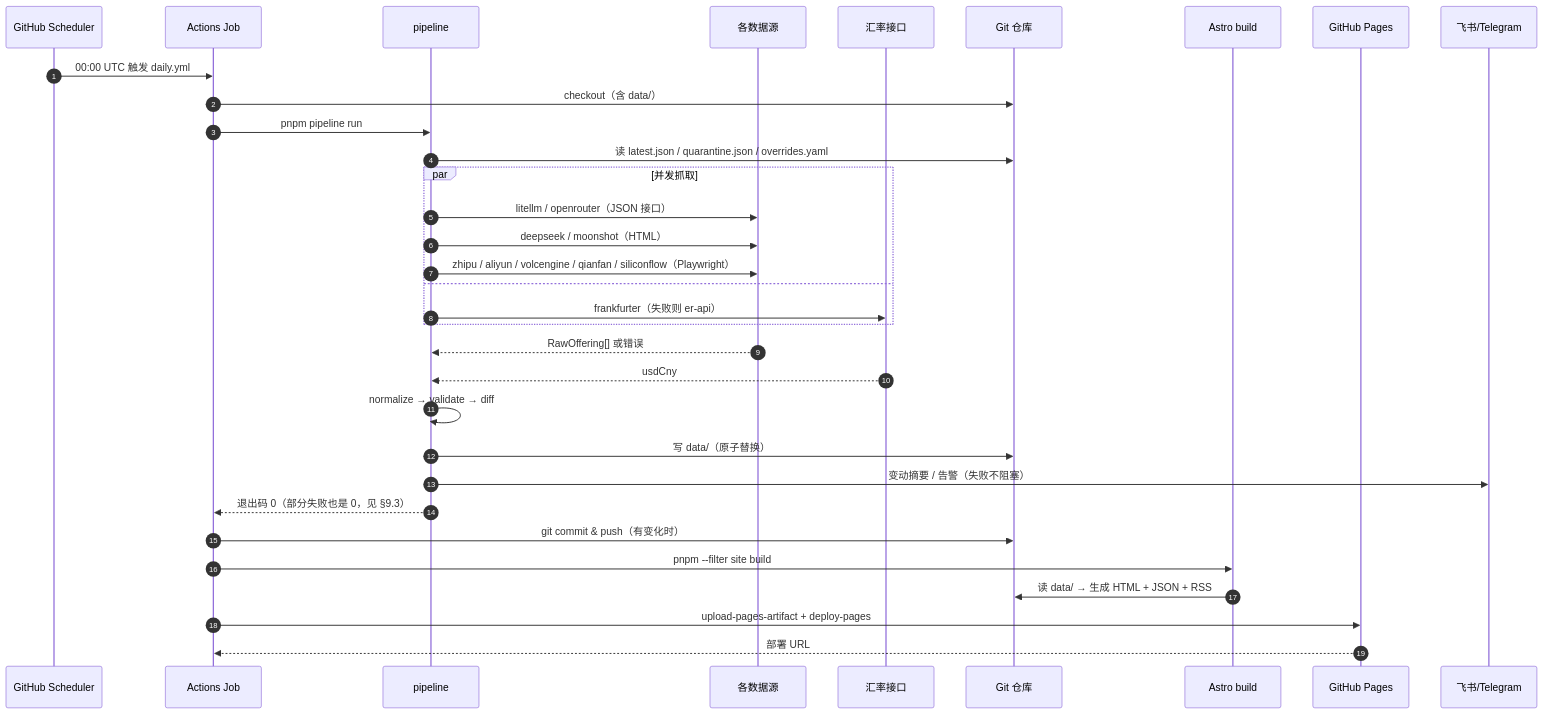
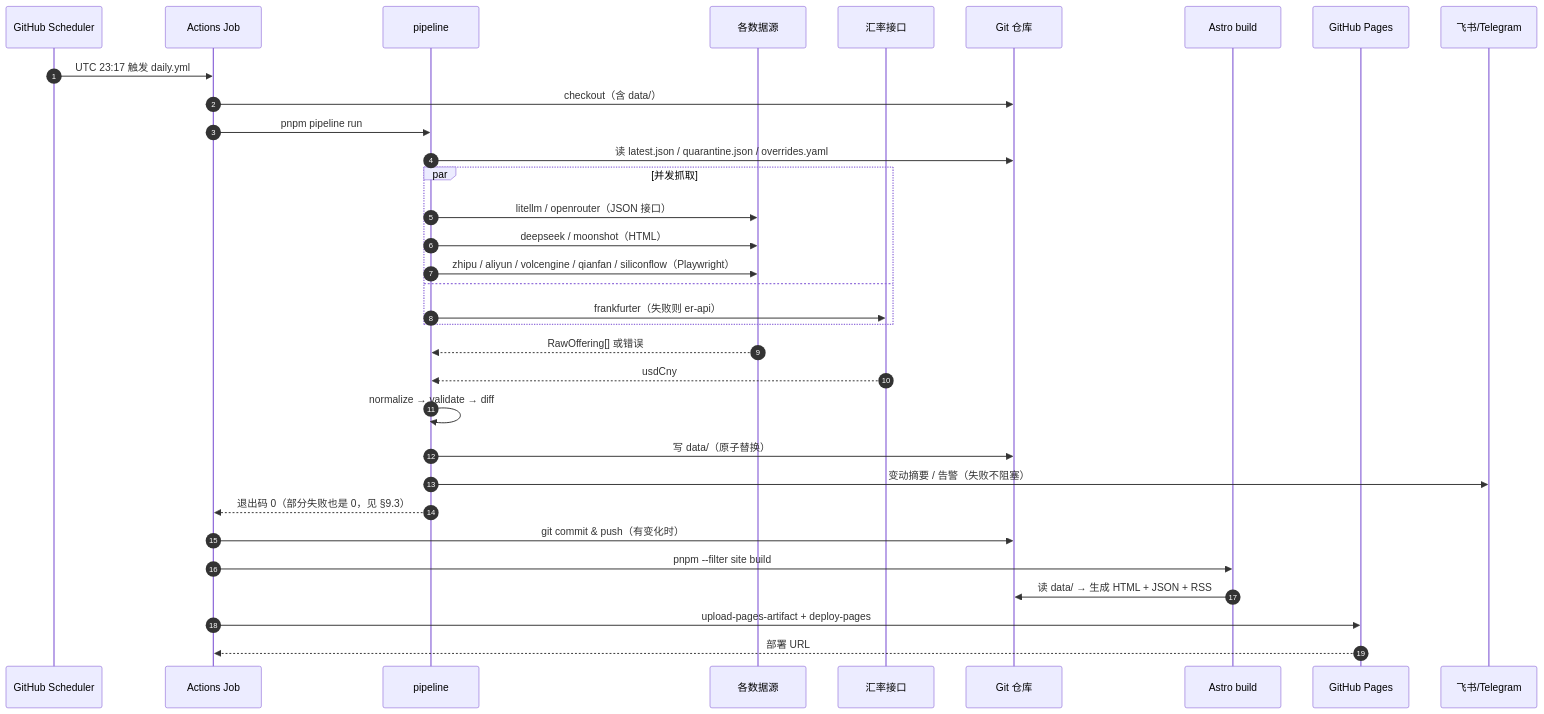
One commit to mypicko/ai-api-price changed the sixth of 7 diagrams in DEV_DOCUMENT.md. Above: the diagram before and after it, drawn with Mermaid. The commit also changed other lines of this file and 5 other files, not shown here.

````diff
--- a/DEV_DOCUMENT.md
+++ b/DEV_DOCUMENT.md
@@ -767,36 +767,36 @@
 ```mermaid
 sequenceDiagram
     autonumber
     participant Cron as GitHub Scheduler
     participant Job as Actions Job
     participant Pipe as pipeline
     participant Src as 各数据源
     participant FX as 汇率接口
     participant Repo as Git 仓库
     participant Site as Astro build
     participant Pages as GitHub Pages
     participant Bot as 飞书/Telegram
 
-    Cron->>Job: 00:00 UTC 触发 daily.yml
+    Cron->>Job: UTC 23:17 触发 daily.yml
     Job->>Repo: checkout（含 data/）
     Job->>Pipe: pnpm pipeline run
     Pipe->>Repo: 读 latest.json / quarantine.json / overrides.yaml
     par 并发抓取
         Pipe->>Src: litellm / openrouter（JSON 接口）
         Pipe->>Src: deepseek / moonshot（HTML）
         Pipe->>Src: zhipu / aliyun / volcengine / qianfan / siliconflow（Playwright）
     and
         Pipe->>FX: frankfurter（失败则 er-api）
     end
     Src-->>Pipe: RawOffering[] 或错误
     FX-->>Pipe: usdCny
     Pipe->>Pipe: normalize → validate → diff
     Pipe->>Repo: 写 data/（原子替换）
     Pipe->>Bot: 变动摘要 / 告警（失败不阻塞）
     Pipe-->>Job: 退出码 0（部分失败也是 0，见 §9.3）
     Job->>Repo: git commit & push（有变化时）
     Job->>Site: pnpm --filter site build
     Site->>Repo: 读 data/ → 生成 HTML + JSON + RSS
     Job->>Pages: upload-pages-artifact + deploy-pages
     Pages-->>Job: 部署 URL
 ```
````
